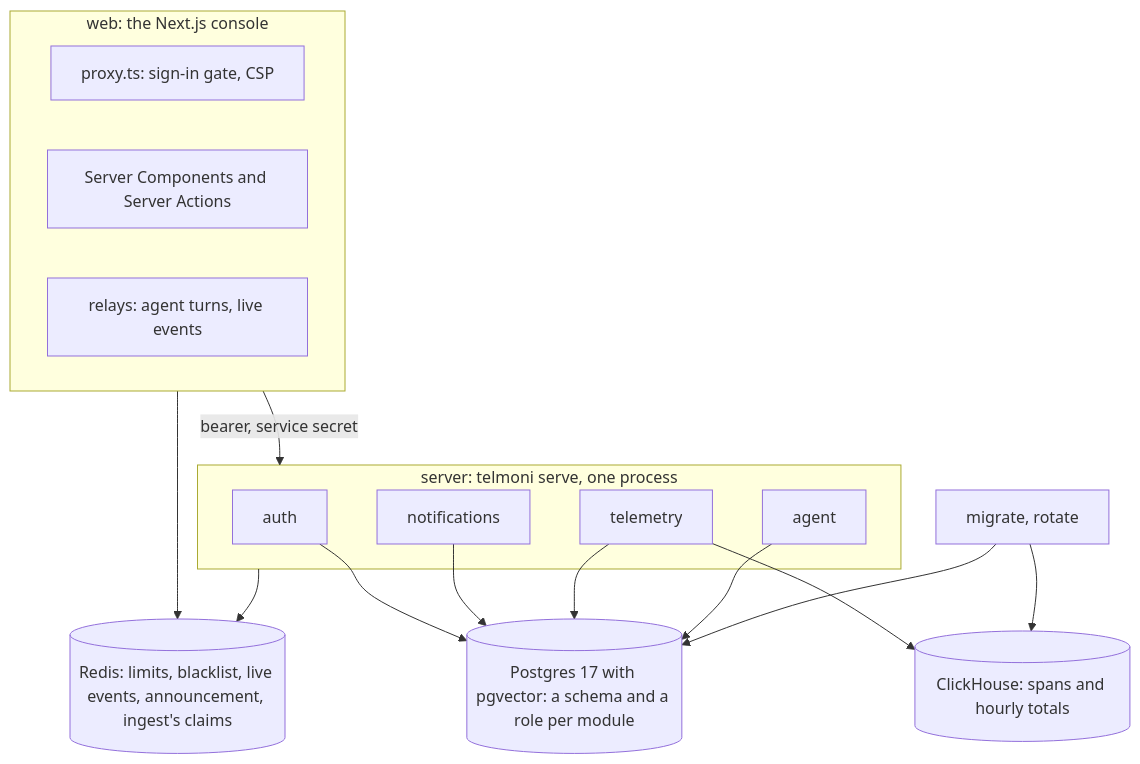
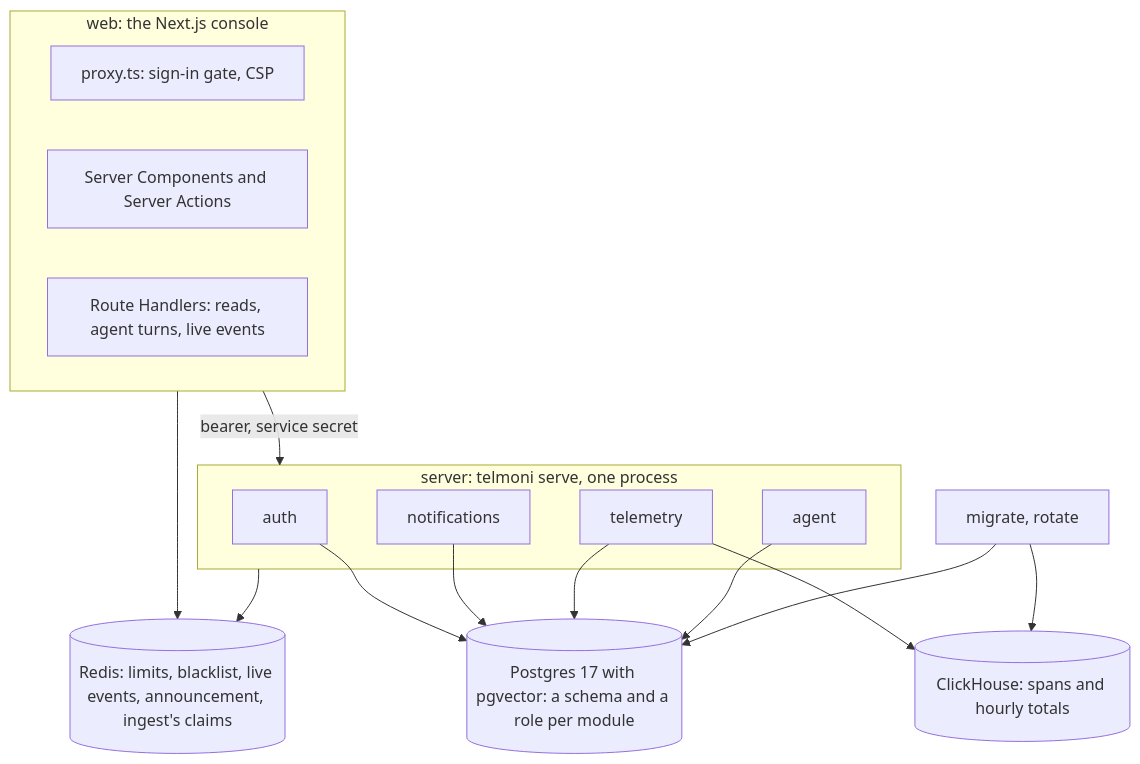
One commit to telmoni/telmoni changed the second of 5 diagrams in ARCHITECTURE.md. Above: the diagram before and after it, drawn with Mermaid. The commit also changed other lines of this file, not shown here.

First line of the commit message:
docs: ARCHITECTURE.md says the console's reads go through /api

````diff
--- a/ARCHITECTURE.md
+++ b/ARCHITECTURE.md
@@ -122,24 +122,24 @@
 ```mermaid
 flowchart TB
   subgraph Web["web: the Next.js console"]
     Proxy["proxy.ts: sign-in gate, CSP"]
     Pages["Server Components and Server Actions"]
-    Relays["relays: agent turns, live events"]
+    Relays["Route Handlers: reads, agent turns, live events"]
   end
   Redis[("Redis: limits, blacklist, live events, announcement, ingest's claims")]
   subgraph Server["server: telmoni serve, one process"]
     Auth["auth"]
     Notif["notifications"]
     Telemetry["telemetry"]
     Agent["agent"]
   end
   Jobs["migrate, rotate"]
   PG[("Postgres 17 with pgvector: a schema and a role per module")]
   CH[("ClickHouse: spans and hourly totals")]
   Web --> Redis
   Web -->|"bearer, service secret"| Server
   Server --> Redis
   Auth & Notif & Telemetry & Agent --> PG
   Telemetry --> CH
   Jobs --> PG & CH
 ```
````
